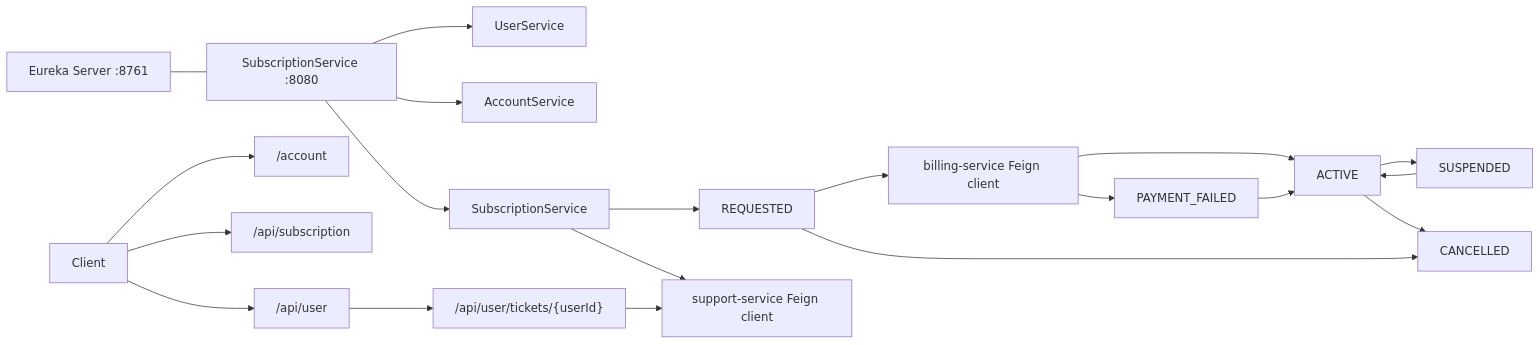
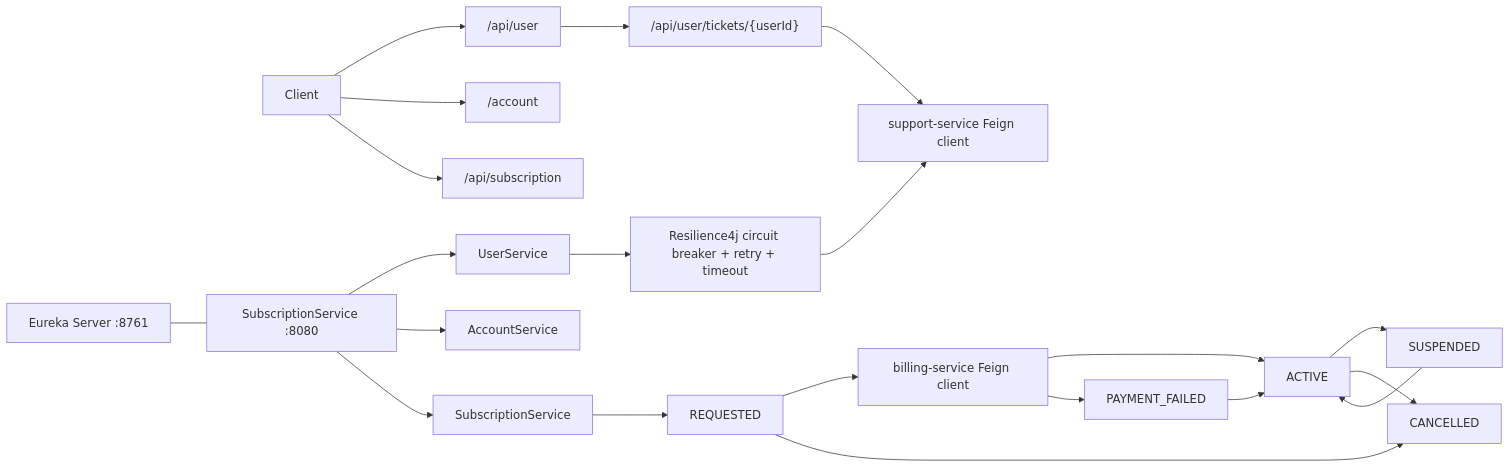
The diagram in README.md (byte2code/telecom-subscription-service), drawn with Mermaid before and after one commit. The commit also changed other lines of this file and 8 other files, not shown here.

````diff
--- a/README.md
+++ b/README.md
@@ -205,24 +204,25 @@
 ```mermaid
 flowchart LR
     Client[Client] --> UserAPI["/api/user"]
     Client --> AccountAPI["/account"]
     Client --> SubAPI["/api/subscription"]
 
     Eureka["Eureka Server :8761"] --- App["SubscriptionService :8080"]
     App --> UserService["UserService"]
     App --> AccountService["AccountService"]
     App --> SubService["SubscriptionService"]
 
     SubService --> Requested["REQUESTED"]
     Requested --> BillingClient["billing-service Feign client"]
     BillingClient --> Active["ACTIVE"]
     BillingClient --> PaymentFailed["PAYMENT_FAILED"]
     Active --> Suspended["SUSPENDED"]
     Suspended --> Active
     Active --> Cancelled["CANCELLED"]
     Requested --> Cancelled
     PaymentFailed --> Active
-    SubService --> SupportClient["support-service Feign client"]
+    UserService --> Resilience["Resilience4j circuit breaker + retry + timeout"]
+    Resilience --> SupportClient["support-service Feign client"]
     UserAPI --> Tickets["/api/user/tickets/{userId}"]
     Tickets --> SupportClient
 ```
````
